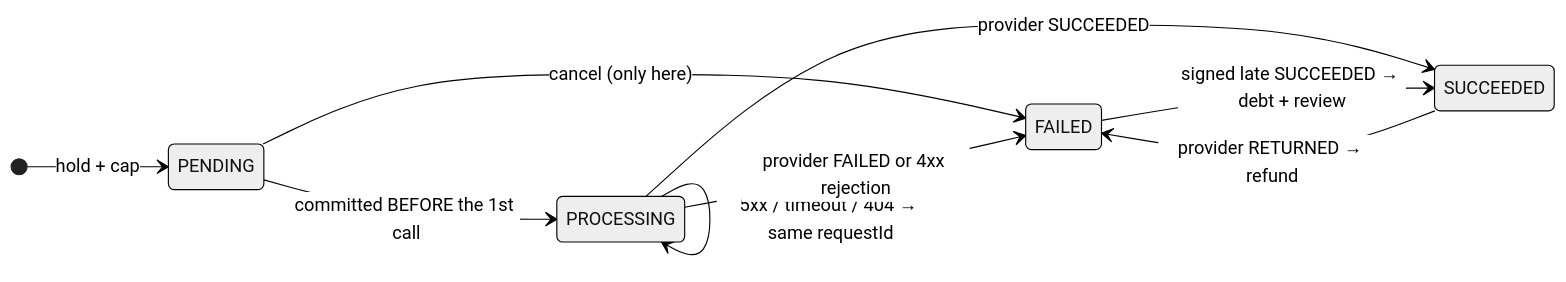
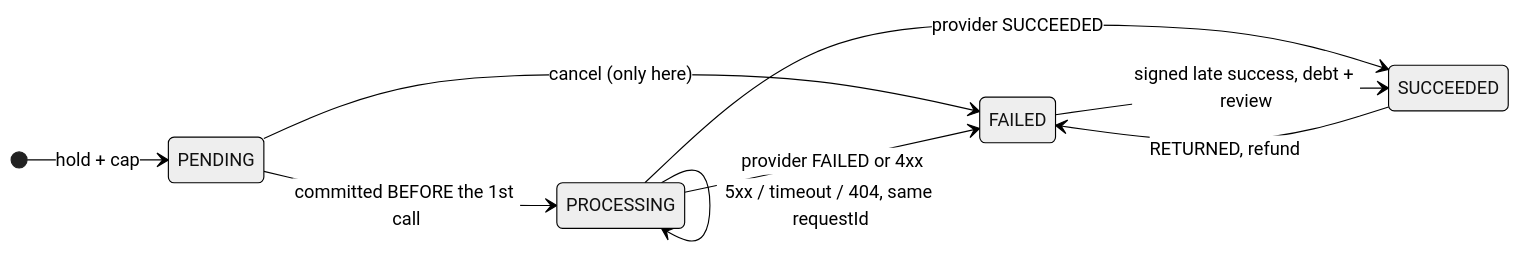
Before and after one commit to raziehHashemi/hamtapay-wallet: the second of 2 diagrams in docs/design.md, drawn with Mermaid (neutral theme). The commit also changed other lines of this file, not shown here.

````diff
--- a/docs/design.md
+++ b/docs/design.md
@@ -74,12 +66,12 @@
 ```mermaid
 stateDiagram-v2
   direction LR
   [*] --> PENDING: hold + cap
   PENDING --> FAILED: cancel (only here)
   PENDING --> PROCESSING: committed BEFORE the 1st call
-  PROCESSING --> PROCESSING: 5xx / timeout / 404 → same requestId
+  PROCESSING --> PROCESSING: 5xx / timeout / 404, same requestId
   PROCESSING --> SUCCEEDED: provider SUCCEEDED
-  PROCESSING --> FAILED: provider FAILED or 4xx rejection
-  SUCCEEDED --> FAILED: provider RETURNED → refund
-  FAILED --> SUCCEEDED: signed late SUCCEEDED → debt + review
+  PROCESSING --> FAILED: provider FAILED or 4xx
+  SUCCEEDED --> FAILED: RETURNED, refund
+  FAILED --> SUCCEEDED: signed late success, debt + review
 ```
````
